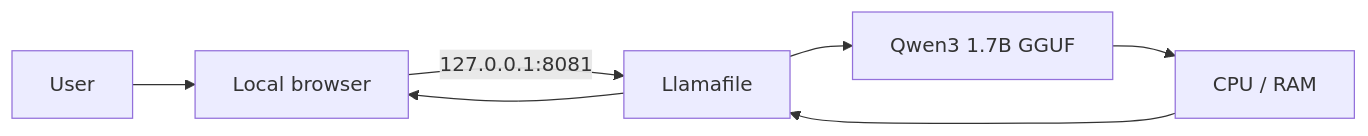
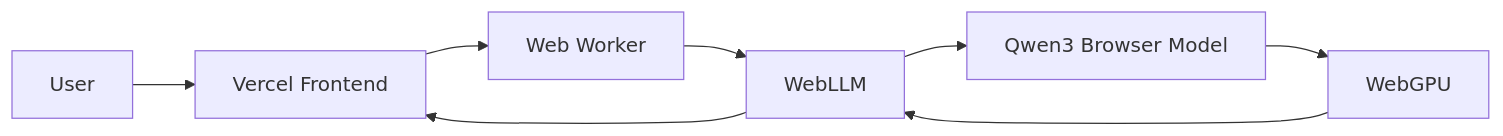
Before and after one commit to Rishikeshsanin/Rishi-AI-BOT1: the second of 2 diagrams in README.md, drawn with Mermaid. The commit also changed other lines of this file, not shown here.

````diff
--- a/README.md
+++ b/README.md
@@ -142,9 +262,10 @@
 ```mermaid
 flowchart LR
-    U[User] --> B[Local browser]
-    B -->|127.0.0.1:8081| L[Llamafile]
-    L --> Q[Qwen3 1.7B GGUF]
-    Q --> C[CPU / RAM]
-    C --> L
-    L --> B
+    U[User] --> V[Vercel Frontend]
+    V --> W[Web Worker]
+    W --> L[WebLLM]
+    L --> Q[Qwen3 Browser Model]
+    Q --> G[WebGPU]
+    G --> L
+    L --> V
 ```
````
